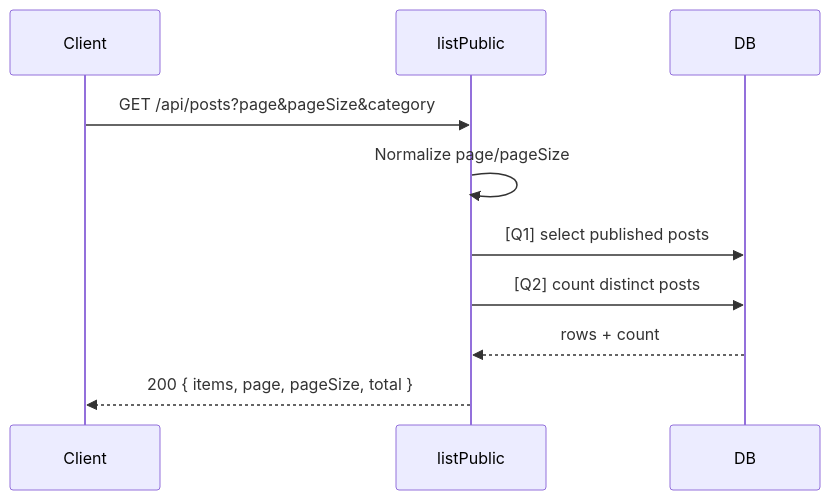
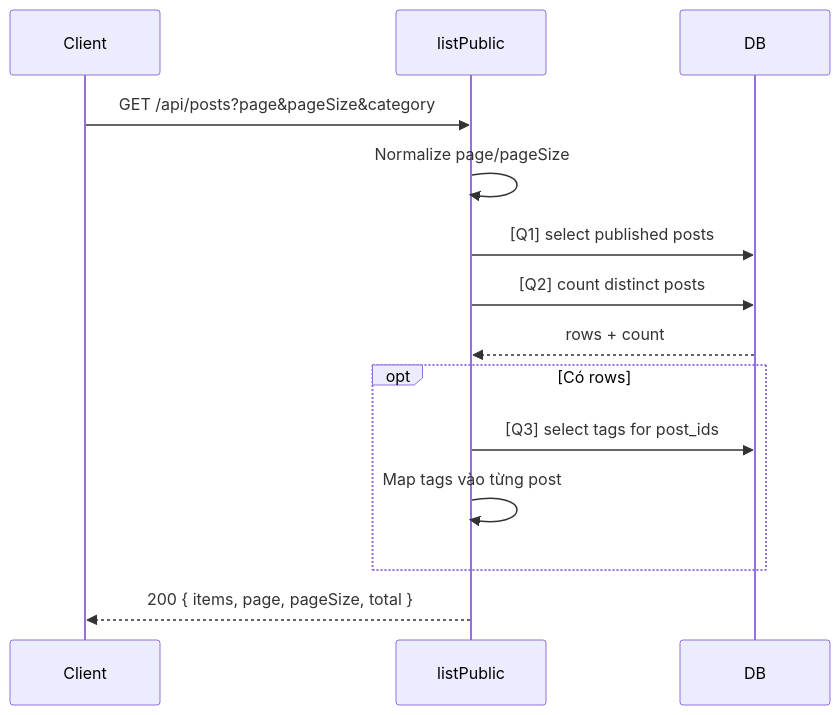
Before and after one commit to pmduc97/demo_ai_workspace: the diagram in demo_docs/api/[Design][API] API04_Posts_DanhSach.md, drawn with Mermaid. The commit also changed other lines of this file and 42 other files, not shown here.

````diff
--- a/demo_docs/api/[Design][API] API04_Posts_DanhSach.md
+++ b/demo_docs/api/[Design][API] API04_Posts_DanhSach.md
@@ -83,12 +88,16 @@
 ```mermaid
 sequenceDiagram
   participant C as Client
   participant P as listPublic
   participant DB as DB
   C->>P: GET /api/posts?page&pageSize&category
   P->>P: Normalize page/pageSize
   P->>DB: [Q1] select published posts
   P->>DB: [Q2] count distinct posts
   DB-->>P: rows + count
+  opt Có rows
+    P->>DB: [Q3] select tags for post_ids
+    P->>P: Map tags vào từng post
+  end
   P-->>C: 200 { items, page, pageSize, total }
 ```
````
